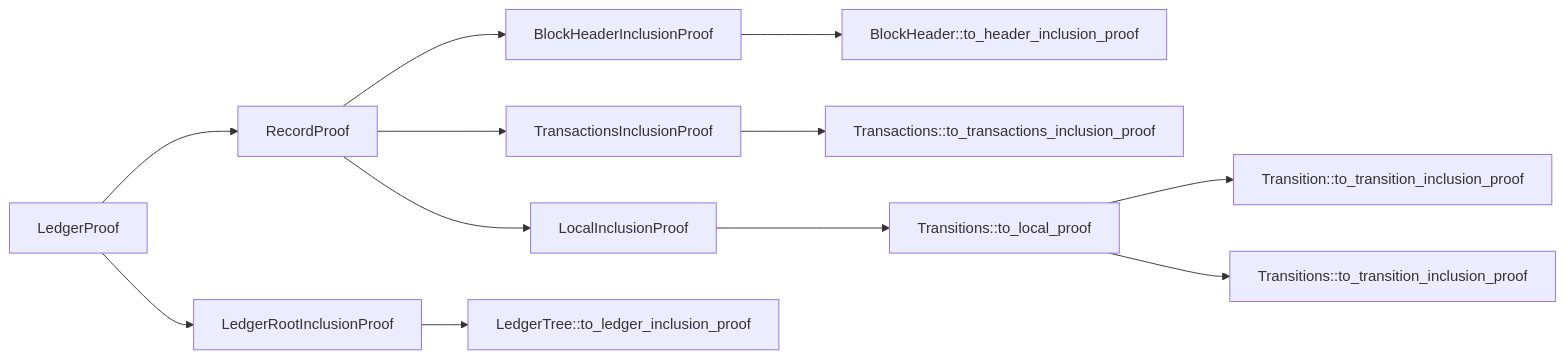
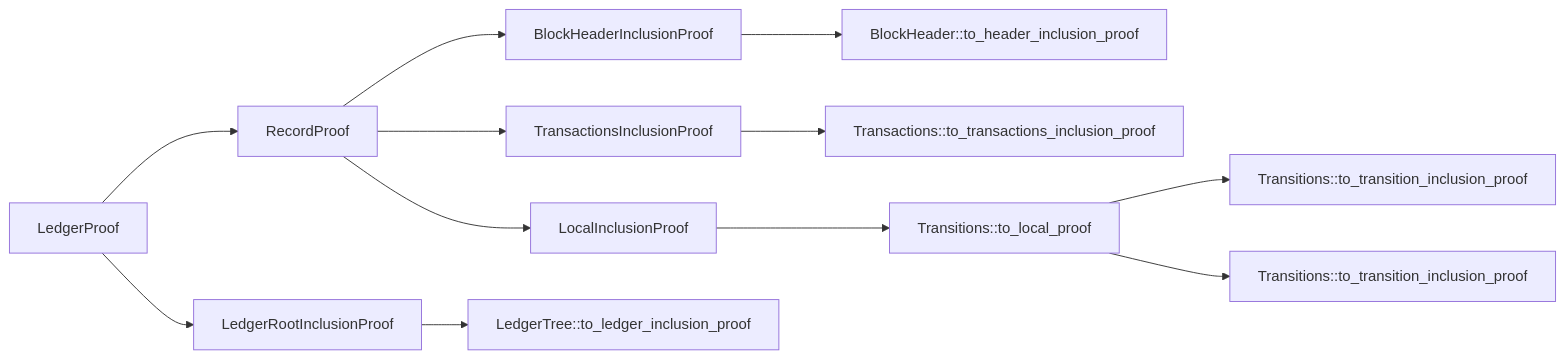
The diagram in src/snarkVM/dpc/ledger.md (lambdaclass/aleo_internals_book), drawn with Mermaid before and after one commit. The commit also changed other lines of this file and 3 other files, not shown here.

````diff
--- a/src/snarkVM/dpc/ledger.md
+++ b/src/snarkVM/dpc/ledger.md
@@ -137,19 +137,19 @@
 ```mermaid
 flowchart LR
 
 a[LedgerProof] --> b[LedgerRootInclusionProof]
 a[LedgerProof] --> c[RecordProof]
 
 c[RecordProof] --> d[BlockHeaderInclusionProof]
 c[RecordProof] --> e[TransactionsInclusionProof]
 c[RecordProof] --> f[LocalInclusionProof]
 
 d[BlockHeaderInclusionProof] --> g[BlockHeader::to_header_inclusion_proof]
 e[TransactionsInclusionProof] --> h[Transactions::to_transactions_inclusion_proof]
 f[LocalInclusionProof] --> i[Transitions::to_local_proof]
 b[LedgerRootInclusionProof] --> j[LedgerTree::to_ledger_inclusion_proof]
 
-i[Transitions::to_local_proof] --> k[Transition::to_transition_inclusion_proof]
+i[Transitions::to_local_proof] --> k[Transitions::to_transition_inclusion_proof]
 i[Transitions::to_local_proof] --> l[Transitions::to_transition_inclusion_proof]
 
 ```
````
